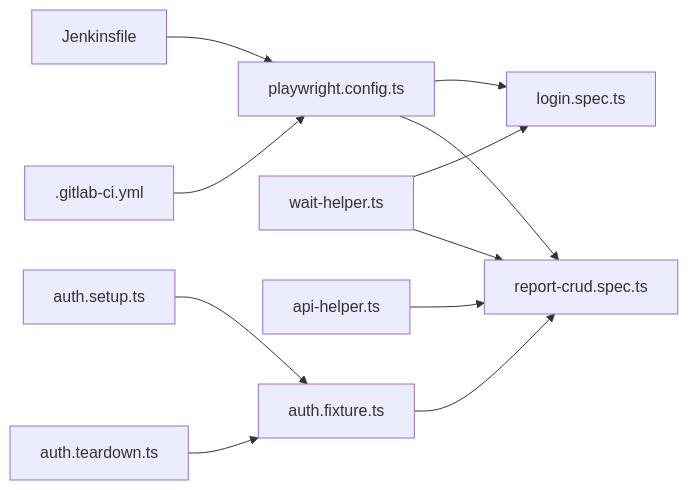
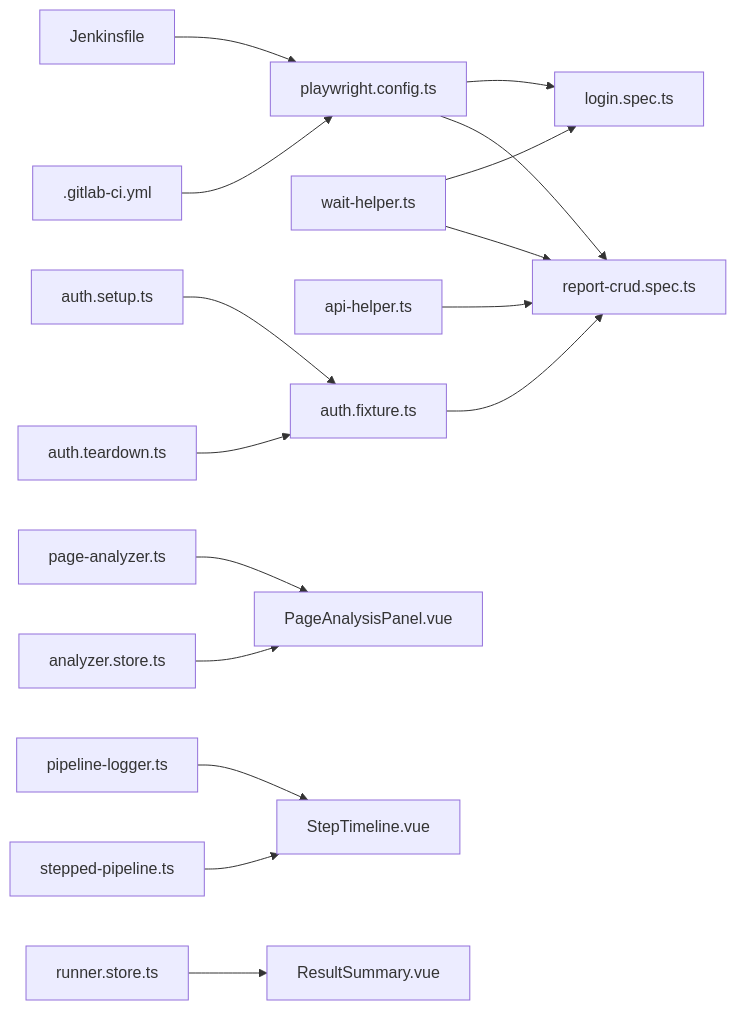
Before and after one commit to zzgoviziwind/--playwright: diagram 12 of 12 in .qoder/repowiki/zh/content/测试报告和监控/性能监控.md, drawn with Mermaid. The commit also changed other lines of this file and 112 other files, not shown here.

````diff
--- a/.qoder/repowiki/zh/content/测试报告和监控/性能监控.md
+++ b/.qoder/repowiki/zh/content/测试报告和监控/性能监控.md
@@ -334,13 +530,18 @@
 ```mermaid
 graph LR
 PC["playwright.config.ts"] --> LS["login.spec.ts"]
 PC --> RCS["report-crud.spec.ts"]
 WH["wait-helper.ts"] --> LS
 WH --> RCS
 AH["api-helper.ts"] --> RCS
 AF["auth.fixture.ts"] --> RCS
 AS["auth.setup.ts"] --> AF
 AT["auth.teardown.ts"] --> AF
 JEN["Jenkinsfile"] --> PC
 GLC[".gitlab-ci.yml"] --> PC
+PA["page-analyzer.ts"] --> RAP["PageAnalysisPanel.vue"]
+PL["pipeline-logger.ts"] --> RT["StepTimeline.vue"]
+SP["stepped-pipeline.ts"] --> RT
+RS["runner.store.ts"] --> RSU["ResultSummary.vue"]
+AST["analyzer.store.ts"] --> RAP
 ```
````
